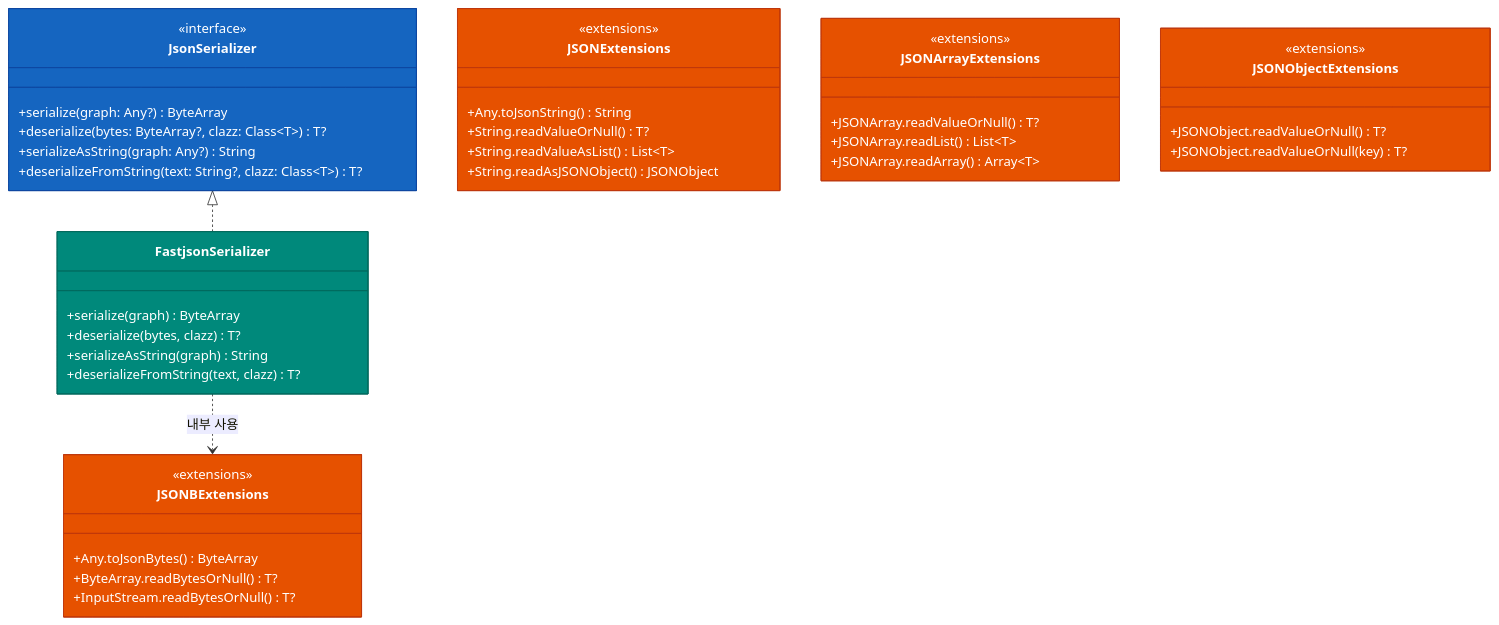
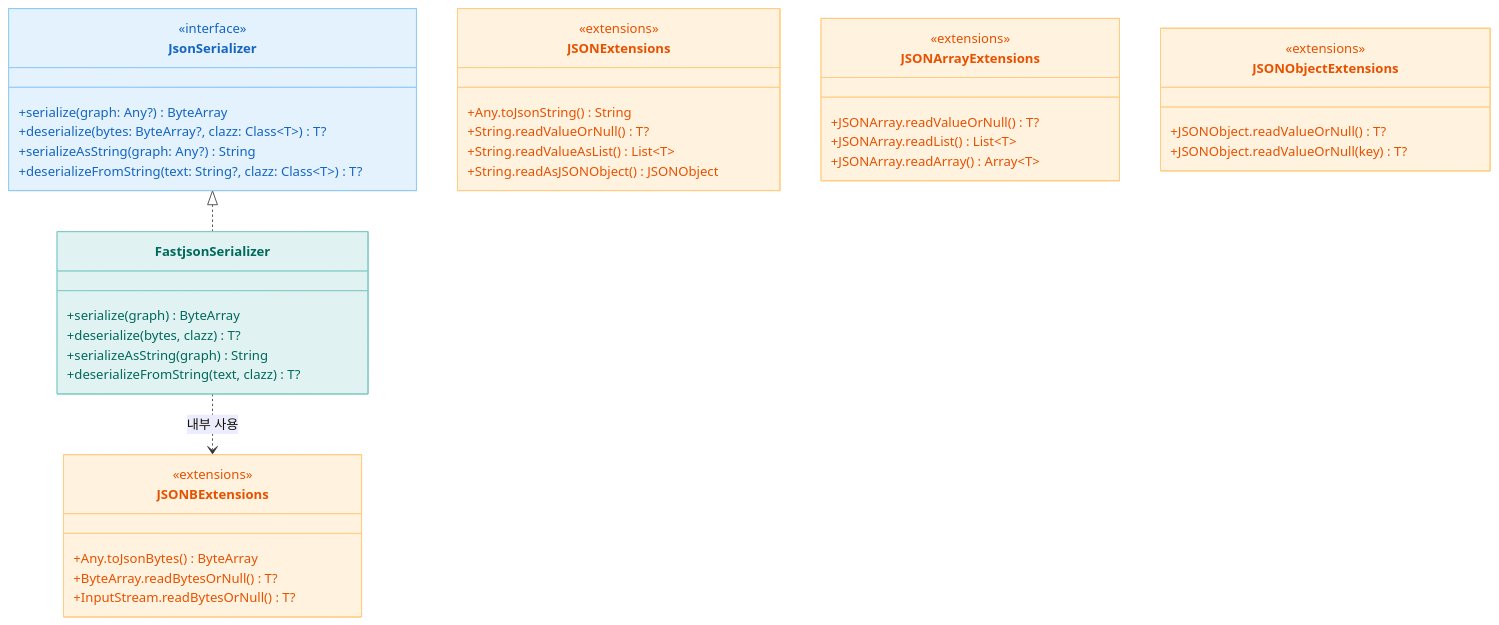
The first of 2 diagrams in io/fastjson2/README.ko.md (bluetape4k/bluetape4k-projects), drawn with Mermaid before and after one commit. The commit also changed other lines of this file and 219 other files, not shown here.

First line of the commit message:
docs: 전체 README Mermaid 다이어그램 가이드 적용

````diff
--- a/io/fastjson2/README.ko.md
+++ b/io/fastjson2/README.ko.md
@@ -129,55 +129,55 @@
 ```mermaid
 classDiagram
     class JsonSerializer {
         <<interface>>
         +serialize(graph: Any?) ByteArray
         +deserialize(bytes: ByteArray?, clazz: Class~T~) T?
         +serializeAsString(graph: Any?) String
         +deserializeFromString(text: String?, clazz: Class~T~) T?
     }
 
     class FastjsonSerializer {
         +serialize(graph) ByteArray
         +deserialize(bytes, clazz) T?
         +serializeAsString(graph) String
         +deserializeFromString(text, clazz) T?
     }
 
     class JSONExtensions {
         <<extensions>>
         +Any.toJsonString() String
         +String.readValueOrNull() T?
         +String.readValueAsList() List~T~
         +String.readAsJSONObject() JSONObject
     }
 
     class JSONBExtensions {
         <<extensions>>
         +Any.toJsonBytes() ByteArray
         +ByteArray.readBytesOrNull() T?
         +InputStream.readBytesOrNull() T?
     }
 
     class JSONArrayExtensions {
         <<extensions>>
         +JSONArray.readValueOrNull() T?
         +JSONArray.readList() List~T~
         +JSONArray.readArray() Array~T~
     }
 
     class JSONObjectExtensions {
         <<extensions>>
         +JSONObject.readValueOrNull() T?
         +JSONObject.readValueOrNull(key) T?
     }
 
     JsonSerializer <|.. FastjsonSerializer
     FastjsonSerializer ..> JSONBExtensions : 내부 사용
 
-    style JsonSerializer fill:#1565C0,stroke:#0D47A1,color:#FFFFFF
-    style FastjsonSerializer fill:#00897B,stroke:#00695C,color:#FFFFFF
-    style JSONExtensions fill:#E65100,stroke:#BF360C,color:#FFFFFF
-    style JSONBExtensions fill:#E65100,stroke:#BF360C,color:#FFFFFF
-    style JSONArrayExtensions fill:#E65100,stroke:#BF360C,color:#FFFFFF
-    style JSONObjectExtensions fill:#E65100,stroke:#BF360C,color:#FFFFFF
+    style JsonSerializer fill:#E3F2FD,stroke:#90CAF9,color:#1565C0
+    style FastjsonSerializer fill:#E0F2F1,stroke:#80CBC4,color:#00695C
+    style JSONExtensions fill:#FFF3E0,stroke:#FFCC80,color:#E65100
+    style JSONBExtensions fill:#FFF3E0,stroke:#FFCC80,color:#E65100
+    style JSONArrayExtensions fill:#FFF3E0,stroke:#FFCC80,color:#E65100
+    style JSONObjectExtensions fill:#FFF3E0,stroke:#FFCC80,color:#E65100
 ```
````
